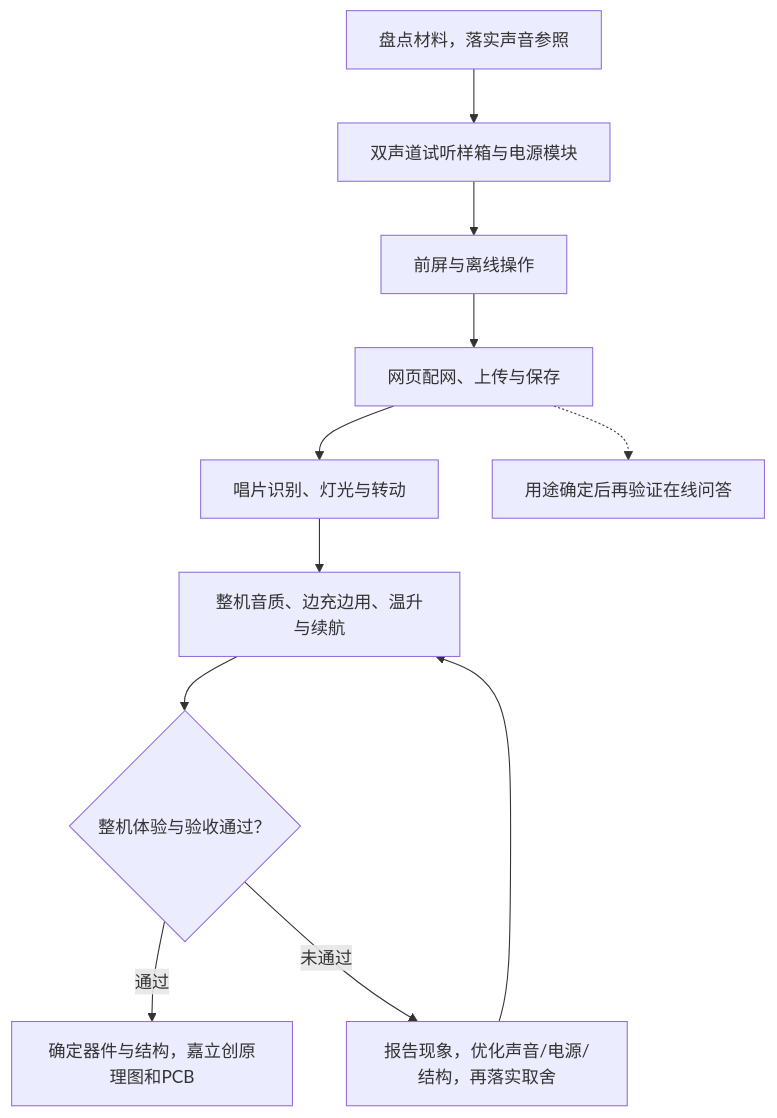
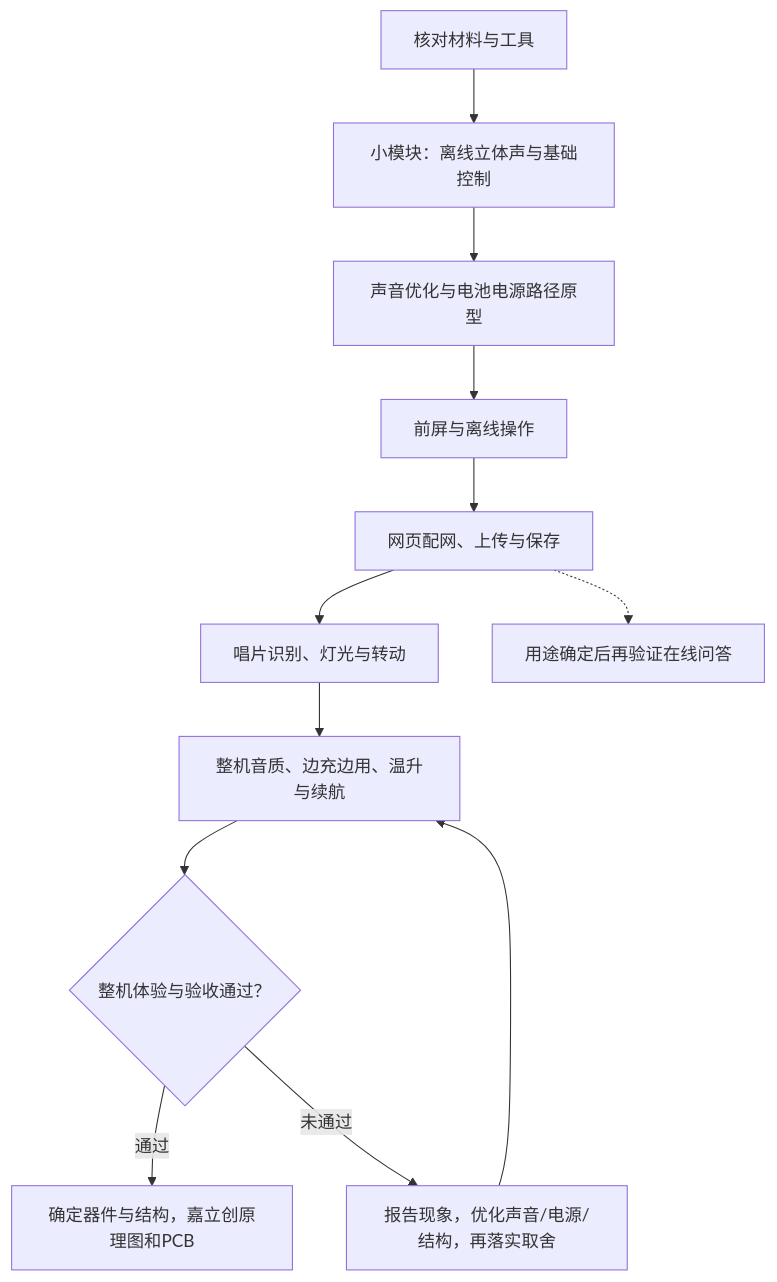
The fifth of 5 diagrams in docs/next-stage-plan.md (yigencong-1/record-companion), drawn with Mermaid before and after one commit. The commit also changed other lines of this file and 5 other files, not shown here.

````diff
--- a/docs/next-stage-plan.md
+++ b/docs/next-stage-plan.md
@@ -196,13 +200,14 @@
 ```mermaid
 flowchart TD
-    A["盘点材料，落实声音参照"] --> B["双声道试听样箱与电源模块"]
-    B --> C["前屏与离线操作"]
+    A["核对材料与工具"] --> B["小模块：离线立体声与基础控制"]
+    B --> Q["声音优化与电池电源路径原型"]
+    Q --> C["前屏与离线操作"]
     C --> D["网页配网、上传与保存"]
     D --> E["唱片识别、灯光与转动"]
     E --> F["整机音质、边充边用、温升与续航"]
     D -.-> AI["用途确定后再验证在线问答"]
     F --> G{"整机体验与验收通过？"}
     G -->|"通过"| H["确定器件与结构，嘉立创原理图和PCB"]
     G -->|"未通过"| I["报告现象，优化声音/电源/结构，再落实取舍"]
     I --> F
 ```
````
